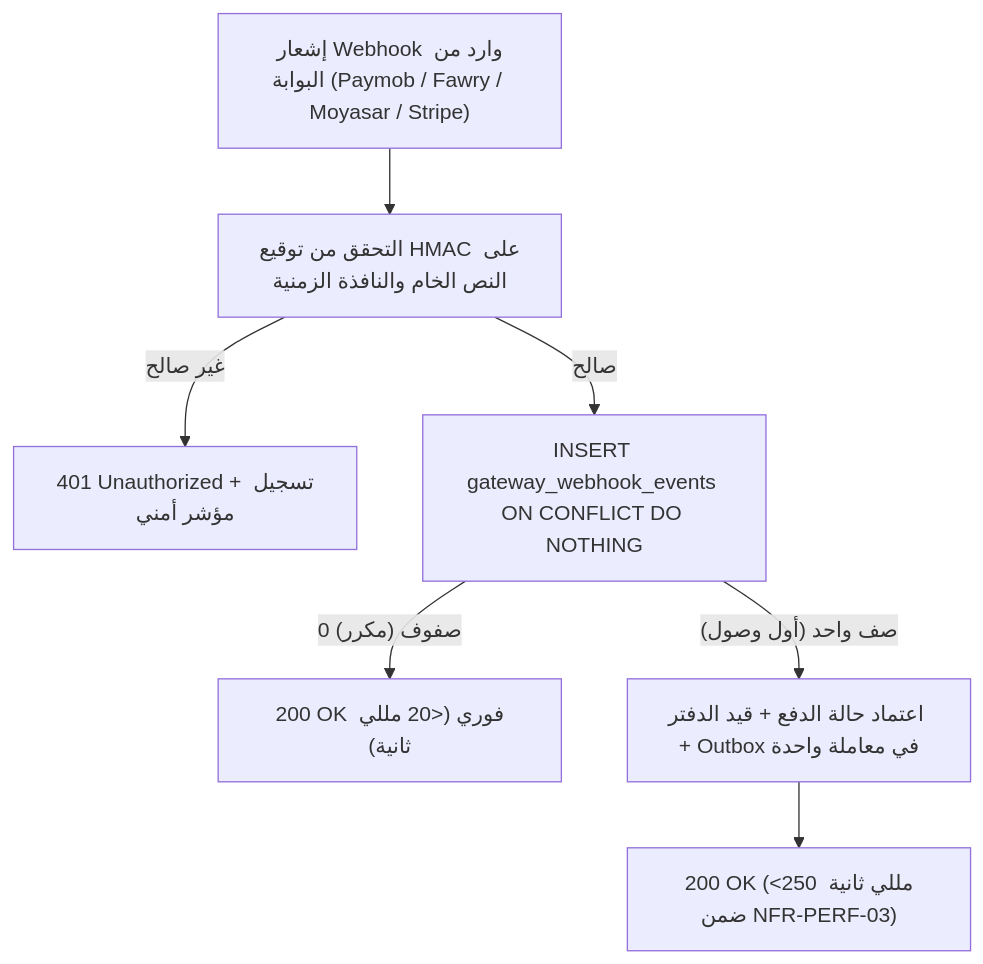
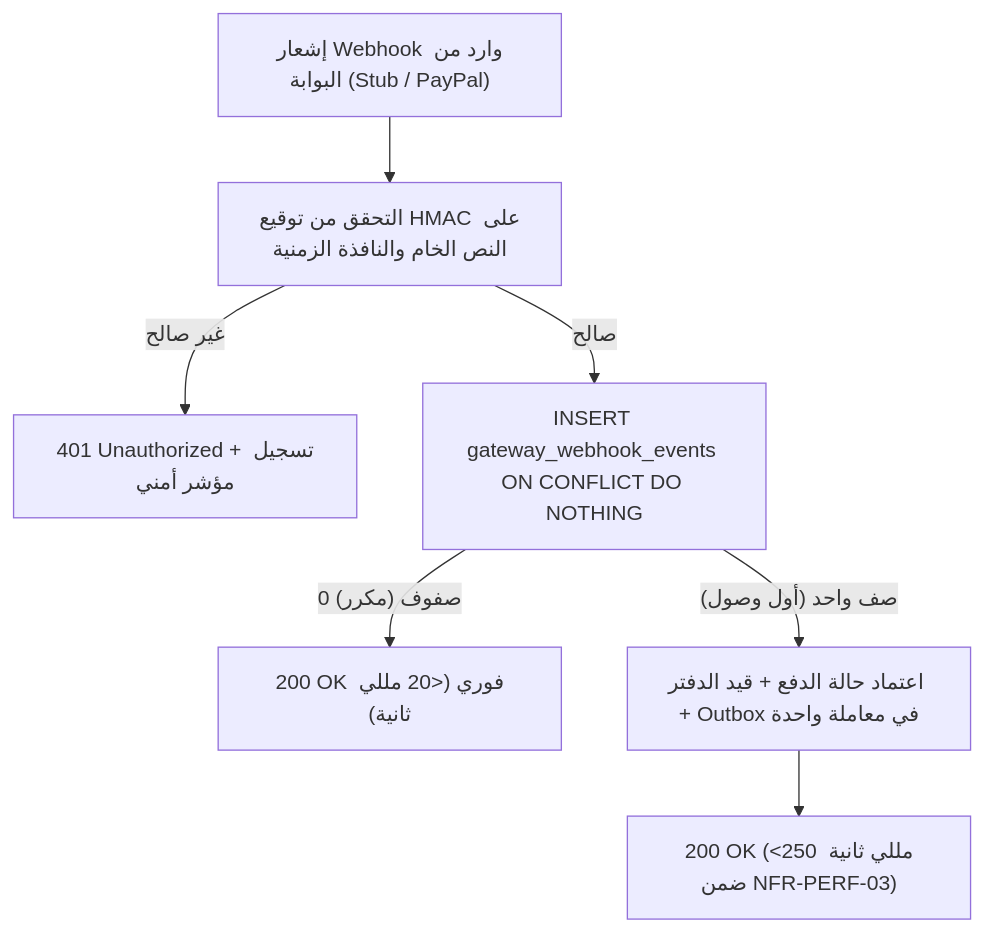
Before and after one commit to mohamedhabibwork/trips-enjoy-docs: the third of 4 diagrams in content/docs/ar/recommendations/architecture-and-ops.mdx, drawn with Mermaid. The commit also changed other lines of this file and 117 other files, not shown here.

````diff
--- a/content/docs/ar/recommendations/architecture-and-ops.mdx
+++ b/content/docs/ar/recommendations/architecture-and-ops.mdx
@@ -274,9 +274,9 @@
 ```mermaid
 flowchart TD
-  WH["إشعار Webhook وارد من البوابة (Paymob / Fawry / Moyasar / Stripe)"] --> SIG["التحقق من توقيع HMAC على النص الخام والنافذة الزمنية"]
+  WH["إشعار Webhook وارد من البوابة (Stub / PayPal)"] --> SIG["التحقق من توقيع HMAC على النص الخام والنافذة الزمنية"]
   SIG -->|"غير صالح"| REJ["401 Unauthorized + تسجيل مؤشر أمني"]
   SIG -->|"صالح"| DEDUP["INSERT gateway_webhook_events ON CONFLICT DO NOTHING"]
   DEDUP -->|"0 صفوف (مكرر)"| ACK1["200 OK فوري (<20 مللي ثانية)"]
   DEDUP -->|"صف واحد (أول وصول)"| ACK2["اعتماد حالة الدفع + قيد الدفتر + Outbox في معاملة واحدة"]
   ACK2 --> OK["200 OK (<250 مللي ثانية ضمن NFR-PERF-03)"]
 ```
````
